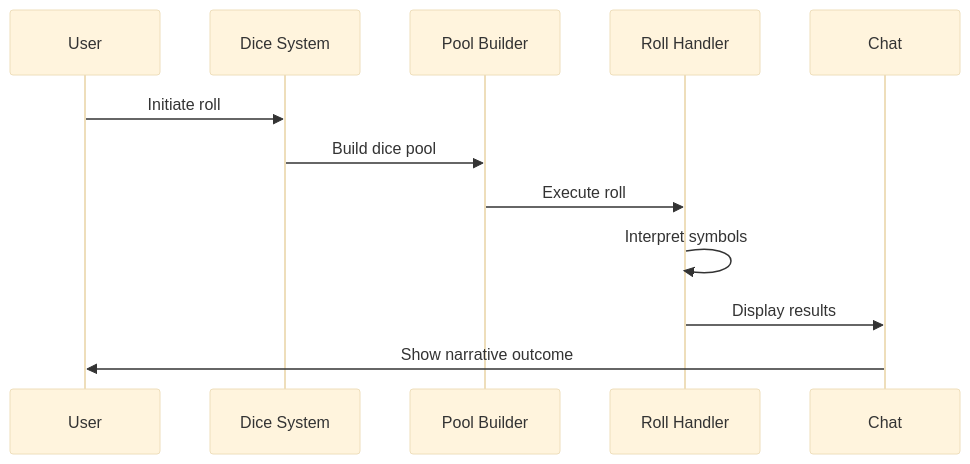
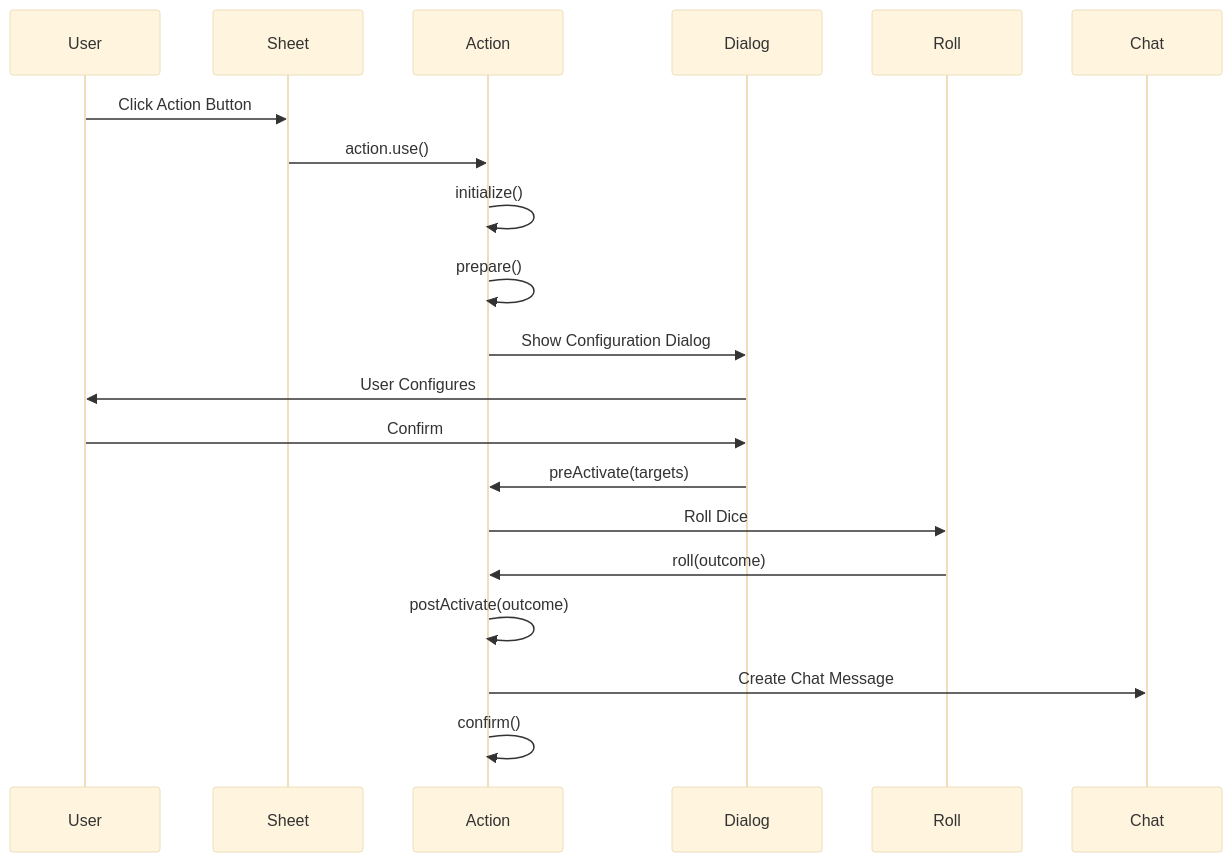
Before and after one commit to herveDarritchon/foundryvtt-swerpg: the fifth of 5 diagrams in documentation/swerpg/architecture/OVERVIEW.md, drawn with Mermaid (base theme). The commit also changed other lines of this file, not shown here.

Commit message:
style(architecture): mise à jour de l'aperçu de l'architecture pour clarifier les patterns de données et les extensions de documents

````diff
--- a/documentation/swerpg/architecture/OVERVIEW.md
+++ b/documentation/swerpg/architecture/OVERVIEW.md
@@ -212,15 +217,23 @@
 ```mermaid
 sequenceDiagram
     participant U as User
-    participant D as Dice System
-    participant P as Pool Builder
-    participant R as Roll Handler
+    participant S as Sheet
+    participant A as Action
+    participant D as Dialog
+    participant R as Roll
     participant C as Chat
-
-    U->>D: Initiate roll
-    D->>P: Build dice pool
-    P->>R: Execute roll
-    R->>R: Interpret symbols
-    R->>C: Display results
-    C->>U: Show narrative outcome
+    
+    U->>S: Click Action Button
+    S->>A: action.use()
+    A->>A: initialize()
+    A->>A: prepare()
+    A->>D: Show Configuration Dialog
+    D->>U: User Configures
+    U->>D: Confirm
+    D->>A: preActivate(targets)
+    A->>R: Roll Dice
+    R->>A: roll(outcome)
+    A->>A: postActivate(outcome)
+    A->>C: Create Chat Message
+    A->>A: confirm()
 ```
````
